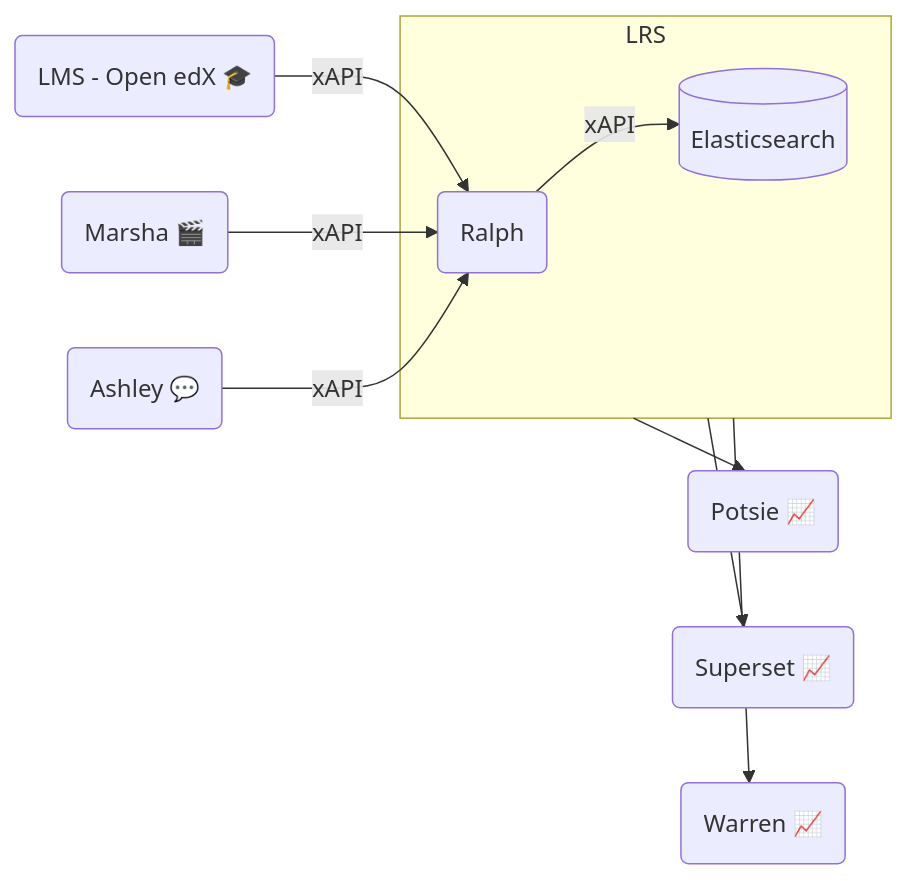
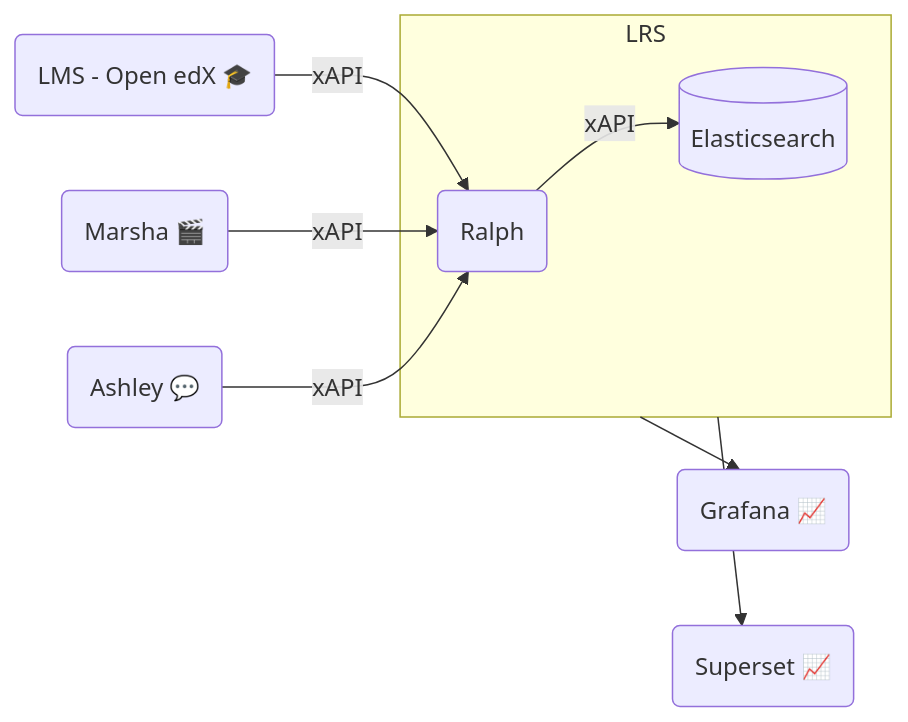
One commit to openfun/2023-openedx-con-lbt changed the first of 2 diagrams in sections/lbt.md. Above: the diagram before and after it, drawn with Mermaid. The commit also changed other lines of this file and 21 other files, not shown here.

````diff
--- a/sections/lbt.md
+++ b/sections/lbt.md
@@ -9,13 +22,12 @@
 ```mermaid {scale: 0.8}
 flowchart LR
     subgraph LRS
         ralph(Ralph) -- xAPI --> es[(Elasticsearch)]
     end
 
     lms("LMS - Open edX 🎓") -- xAPI --> ralph
     marsha("Marsha 🎬") -- xAPI --> ralph
     ashley("Ashley 💬") -- xAPI --> ralph
-    LRS --> potsie("Potsie 📈") 
+    LRS --> grafana("Grafana 📈") 
     LRS --> superset("Superset 📈") 
-    LRS --> warren("Warren 📈")
 ```
````
